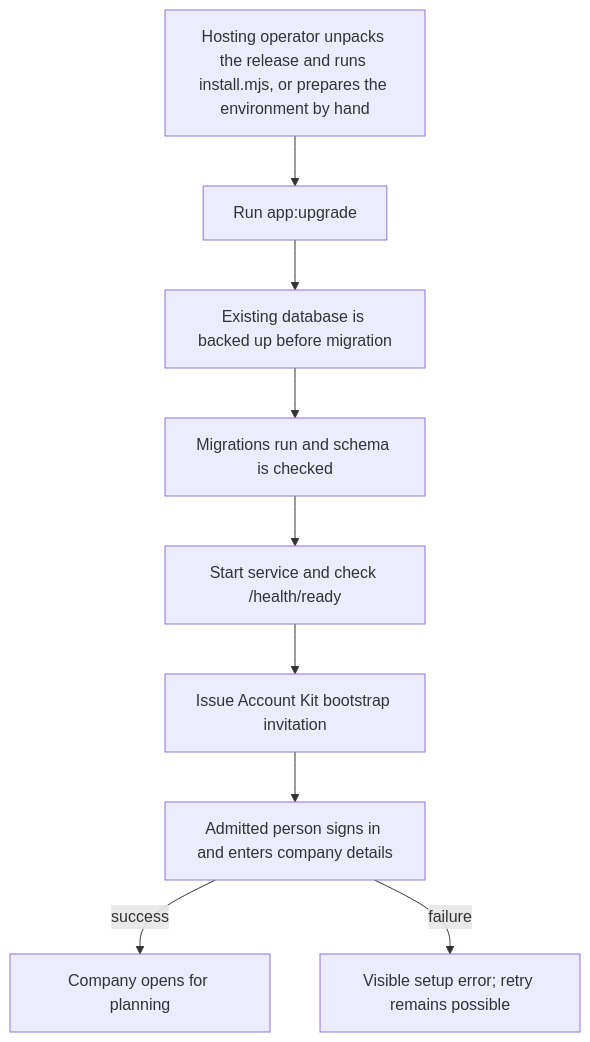
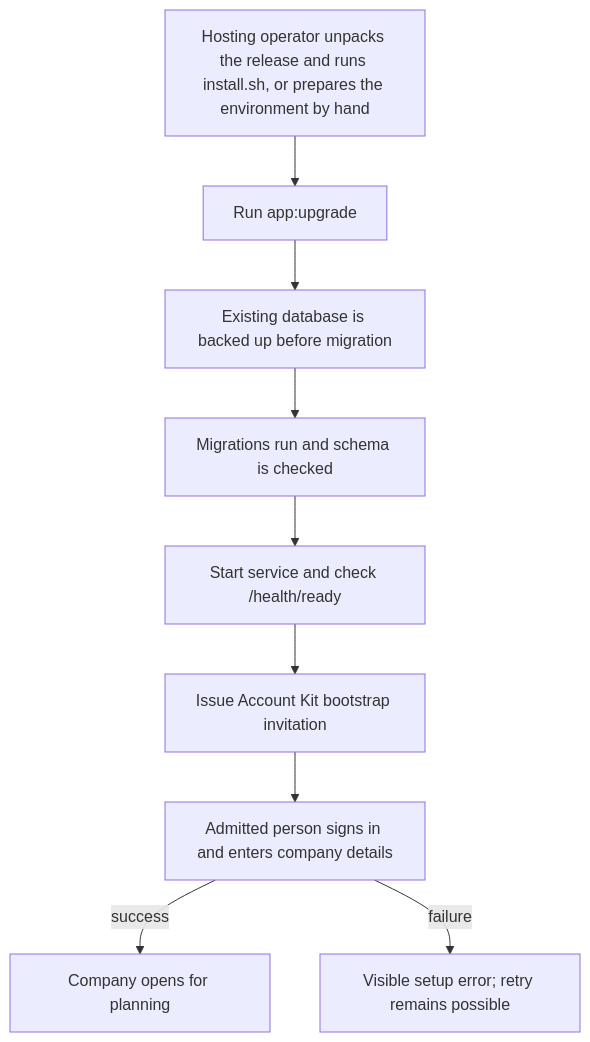
One commit to Kevinjohn/capacitylens changed the first of 2 diagrams in user-stories/installation/US-INS-01-install-one-agency.md. Above: the diagram before and after it, drawn with Mermaid. The commit also changed other lines of this file and 16 other files, not shown here.

````diff
--- a/user-stories/installation/US-INS-01-install-one-agency.md
+++ b/user-stories/installation/US-INS-01-install-one-agency.md
@@ -23,11 +23,11 @@
 ```mermaid
 flowchart TD
-  prepare["Hosting operator unpacks the release and runs install.mjs, or prepares the environment by hand"] --> upgrade["Run app:upgrade"]
+  prepare["Hosting operator unpacks the release and runs install.sh, or prepares the environment by hand"] --> upgrade["Run app:upgrade"]
   upgrade --> backup["Existing database is backed up before migration"]
   backup --> migrate["Migrations run and schema is checked"]
   migrate --> service["Start service and check /health/ready"]
   service --> bootstrap["Issue Account Kit bootstrap invitation"]
   bootstrap --> setup["Admitted person signs in and enters company details"]
   setup -->|success| company["Company opens for planning"]
   setup -->|failure| error["Visible setup error; retry remains possible"]
 ```
````
